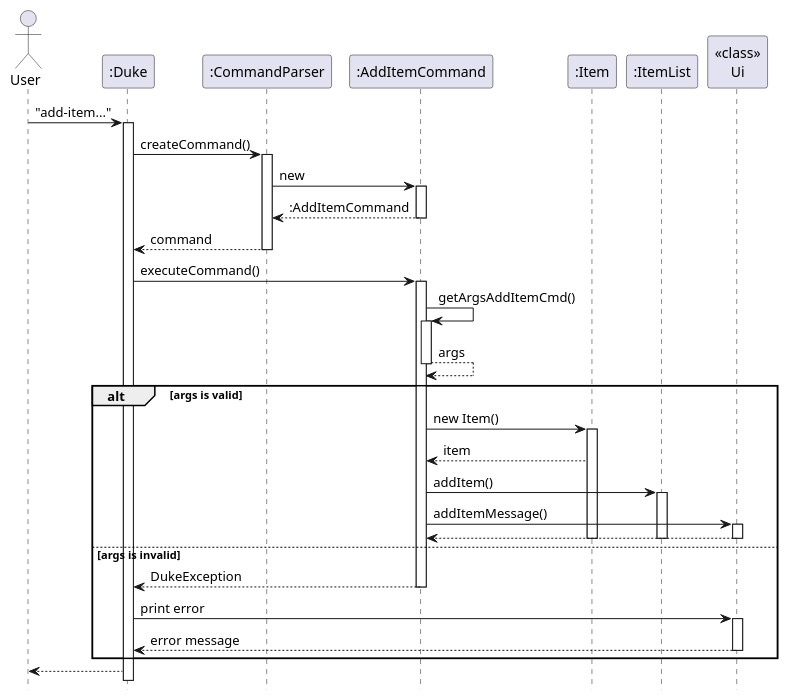
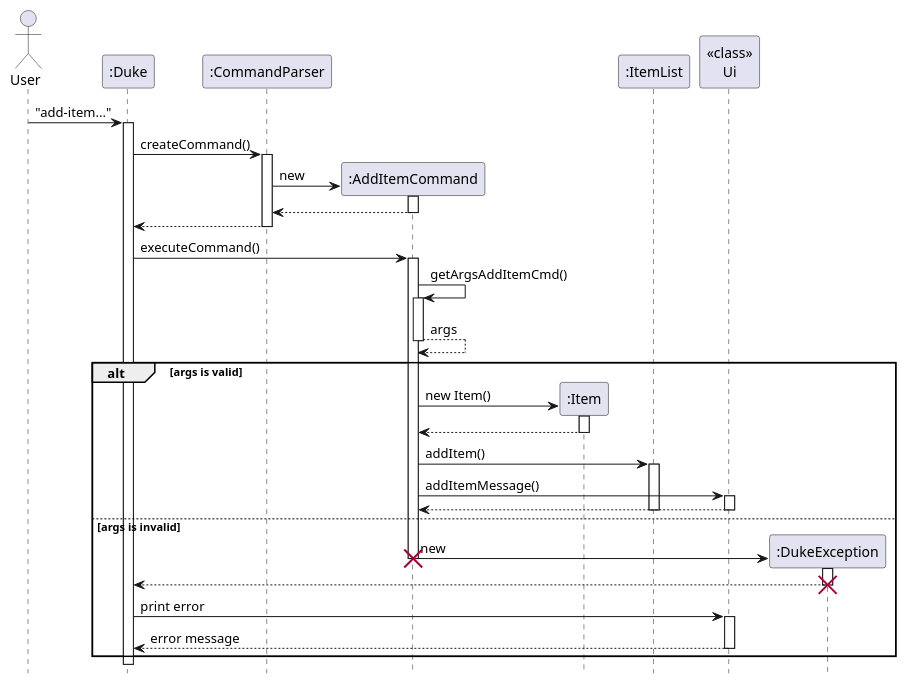
Before and after one commit to nus-cs2113-AY2223S1/tp: the diagram in docs/diagrams/item/AddItemSequence.puml, drawn with PlantUML. The commit also changed 13 other files, not shown here.

Commit message:
Update diagrams

```diff
--- a/docs/diagrams/item/AddItemSequence.puml
+++ b/docs/diagrams/item/AddItemSequence.puml
@@ -1,39 +1,43 @@
 @startuml
 hide footbox
 Actor User
 "User" -> ":Duke": "add-item..."
 activate ":Duke"
 ":Duke" -> ":CommandParser": createCommand()
 activate ":CommandParser"
-":CommandParser" -> ":AddItemCommand": new
+":CommandParser" -> ":AddItemCommand"**: new
 activate ":AddItemCommand"
-return :AddItemCommand
-":CommandParser" --> ":Duke": command
+return
+":CommandParser" --> ":Duke"
 deactivate
 ":Duke" -> ":AddItemCommand" : executeCommand()
 activate ":AddItemCommand"
 ":AddItemCommand" -> ":AddItemCommand": getArgsAddItemCmd()
 activate ":AddItemCommand"
 return args
 alt args is valid
-    ":AddItemCommand" -> ":Item": new Item()
+    ":AddItemCommand" -> ":Item"**: new Item()
     activate ":Item"
-    ":Item" --> ":AddItemCommand": item
+    ":Item" --> ":AddItemCommand"
+    deactivate ":Item"
     ":AddItemCommand" -> ":ItemList": addItem()
     activate ":ItemList"
     ":AddItemCommand" -> "<<class>>\nUi": addItemMessage()
     activate "<<class>>\nUi"
     return
     deactivate ":ItemList"
     deactivate "<<class>>\nUi"
     deactivate ":Item"
 else args is invalid
-    ":AddItemCommand" --> ":Duke" : DukeException
-    deactivate ":AddItemCommand"
+    ":AddItemCommand" -> ":DukeException"** : new
+    destroy ":AddItemCommand"
+    activate ":DukeException"
+    ":DukeException" --> ":Duke"
+    destroy ":DukeException"
     ":Duke" -> "<<class>>\nUi" : print error
     activate "<<class>>\nUi"
     "<<class>>\nUi" --> ":Duke" : error message
     deactivate "<<class>>\nUi"
 end
-":Duke" --> "User"
+
 @enduml
```
